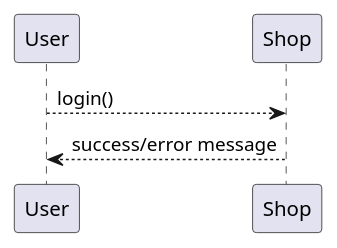
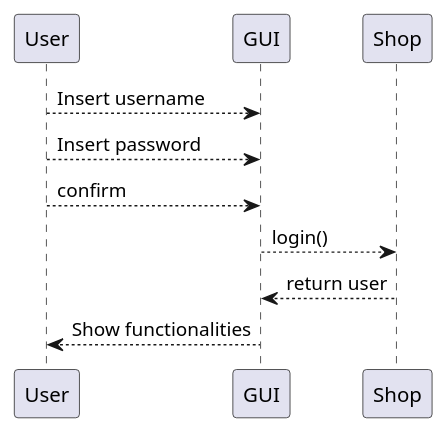
The ninth of 19 diagrams in Deliverables/DesignDocument.md (Stormz4/group20-EzShop), drawn with PlantUML before and after one commit. The commit also changed other lines of this file, not shown here.

Commit message:
Doc: Modified UC5

````diff
--- a/Deliverables/DesignDocument.md
+++ b/Deliverables/DesignDocument.md
@@ -414,6 +414,10 @@
 ```plantuml
 @startuml
-User --> Shop: login()
-Shop --> User : success/error message
+User --> GUI : Insert username
+User --> GUI : Insert password
+User --> GUI : confirm
+GUI --> Shop: login()
+Shop --> GUI : return user
+GUI --> User: Show functionalities
 @enduml
 ```
````
